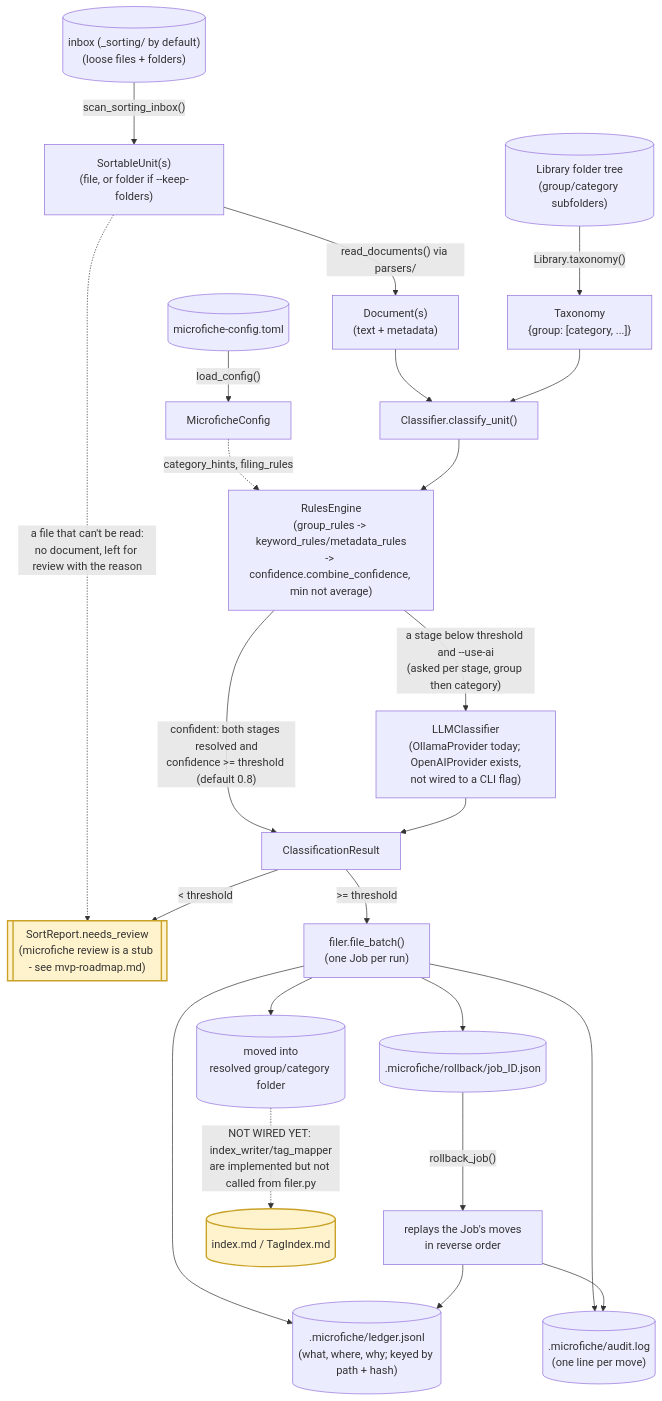
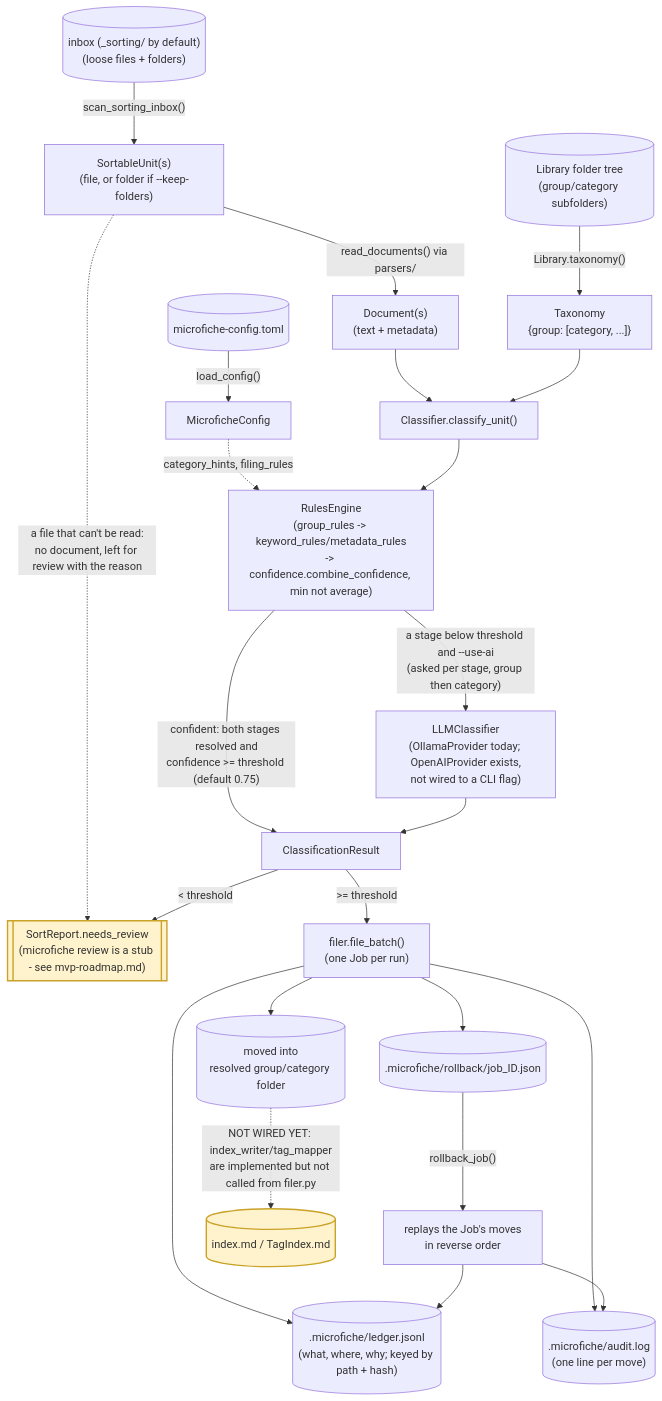
Before and after one commit to richard-gledhill/microfiche: the second of 2 diagrams in docs/development/module-diagram.md, drawn with Mermaid. The commit also changed 7 other files, not shown here.

````diff
--- a/docs/development/module-diagram.md
+++ b/docs/development/module-diagram.md
@@ -216,36 +216,36 @@
 ```mermaid
 flowchart TD
     LibraryTree[("Library folder tree\n(group/category subfolders)")]
     SortingInbox[("inbox (_sorting/ by default)\n(loose files + folders)")]
     ConfigFile[("microfiche-config.toml")]
 
     LibraryTree -->|"Library.taxonomy()"| Taxonomy["Taxonomy\n{group: [category, ...]}"]
     ConfigFile -->|"load_config()"| Config["MicroficheConfig"]
     SortingInbox -->|"scan_sorting_inbox()"| Units["SortableUnit(s)\n(file, or folder if --keep-folders)"]
     Units -->|"read_documents() via parsers/"| Documents["Document(s)\n(text + metadata)"]
     Units -.->|"a file that can't be read:\nno document, left for review with the reason"| NeedsReview
 
     Documents --> ClassifyUnit["Classifier.classify_unit()"]
     Taxonomy --> ClassifyUnit
     Config -.->|"category_hints, filing_rules"| RulesEngine
     ClassifyUnit --> RulesEngine["RulesEngine\n(group_rules -> keyword_rules/metadata_rules\n-> confidence.combine_confidence, min not average)"]
-    RulesEngine -->|"confident: both stages resolved and\nconfidence >= threshold (default 0.8)"| Result["ClassificationResult"]
+    RulesEngine -->|"confident: both stages resolved and\nconfidence >= threshold (default 0.75)"| Result["ClassificationResult"]
     RulesEngine -->|"a stage below threshold and --use-ai\n(asked per stage, group then category)"| LLM["LLMClassifier\n(OllamaProvider today; OpenAIProvider exists,\nnot wired to a CLI flag)"]
     LLM --> Result
 
     Result -->|">= threshold"| FileUnit["filer.file_batch()\n(one Job per run)"]
     Result -->|"< threshold"| NeedsReview[["SortReport.needs_review\n(microfiche review is a stub - see mvp-roadmap.md)"]]
 
     FileUnit --> FiledDoc[("moved into\nresolved group/category folder")]
     FileUnit --> Ledger[(".microfiche/ledger.jsonl\n(what, where, why; keyed by path + hash)")]
     FileUnit --> AuditLog[(".microfiche/audit.log\n(one line per move)")]
     FileUnit --> JobFile[(".microfiche/rollback/job_ID.json")]
     JobFile -->|"rollback_job()"| Rollback["replays the Job's moves\nin reverse order"]
     Rollback --> Ledger
     Rollback --> AuditLog
 
     FiledDoc -.->|"NOT WIRED YET: index_writer/tag_mapper\nare implemented but not called from filer.py"| ObsidianOut[("index.md / TagIndex.md")]
 
     classDef gap fill:#fff3cd,stroke:#c9a227,stroke-width:2px
     class NeedsReview,ObsidianOut gap
 ```
````
